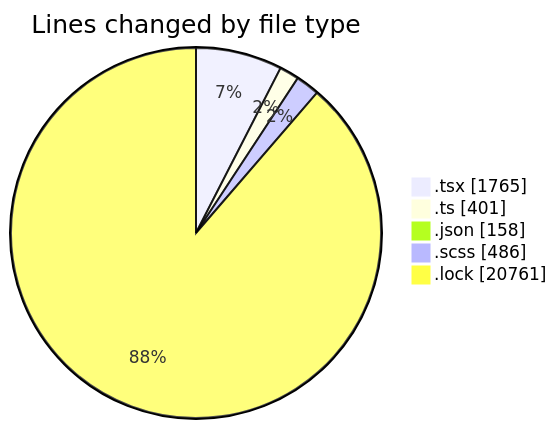
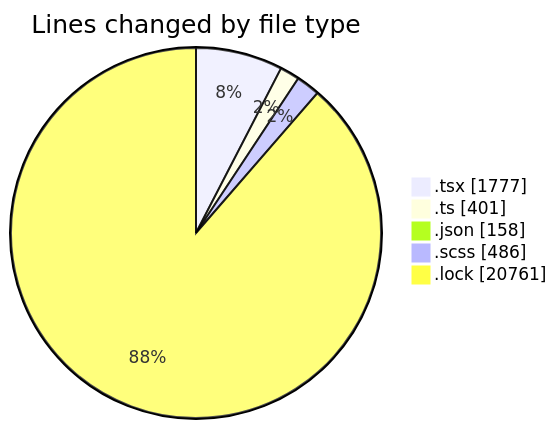
Before and after one commit to momahboobian/code-tracking: the first of 2 diagrams in 2025-04-29/cda/README.md, drawn with Mermaid. The commit also changed other lines of this file and 1 other file, not shown here.

````diff
--- a/2025-04-29/cda/README.md
+++ b/2025-04-29/cda/README.md
@@ -43,9 +43,9 @@
 ```mermaid
 pie showData
 title Lines changed by file type
-".tsx" : 1765
+".tsx" : 1777
 ".ts" : 401
 ".json" : 158
 ".scss" : 486
 ".lock" : 20761
 ```
````
